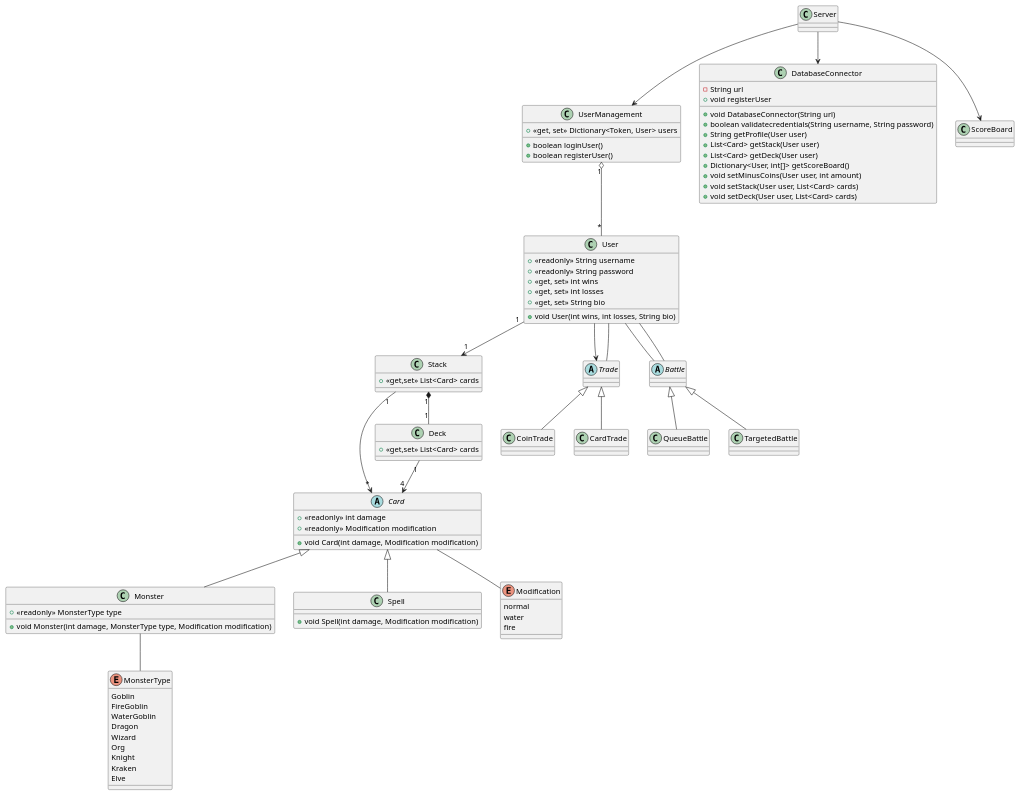
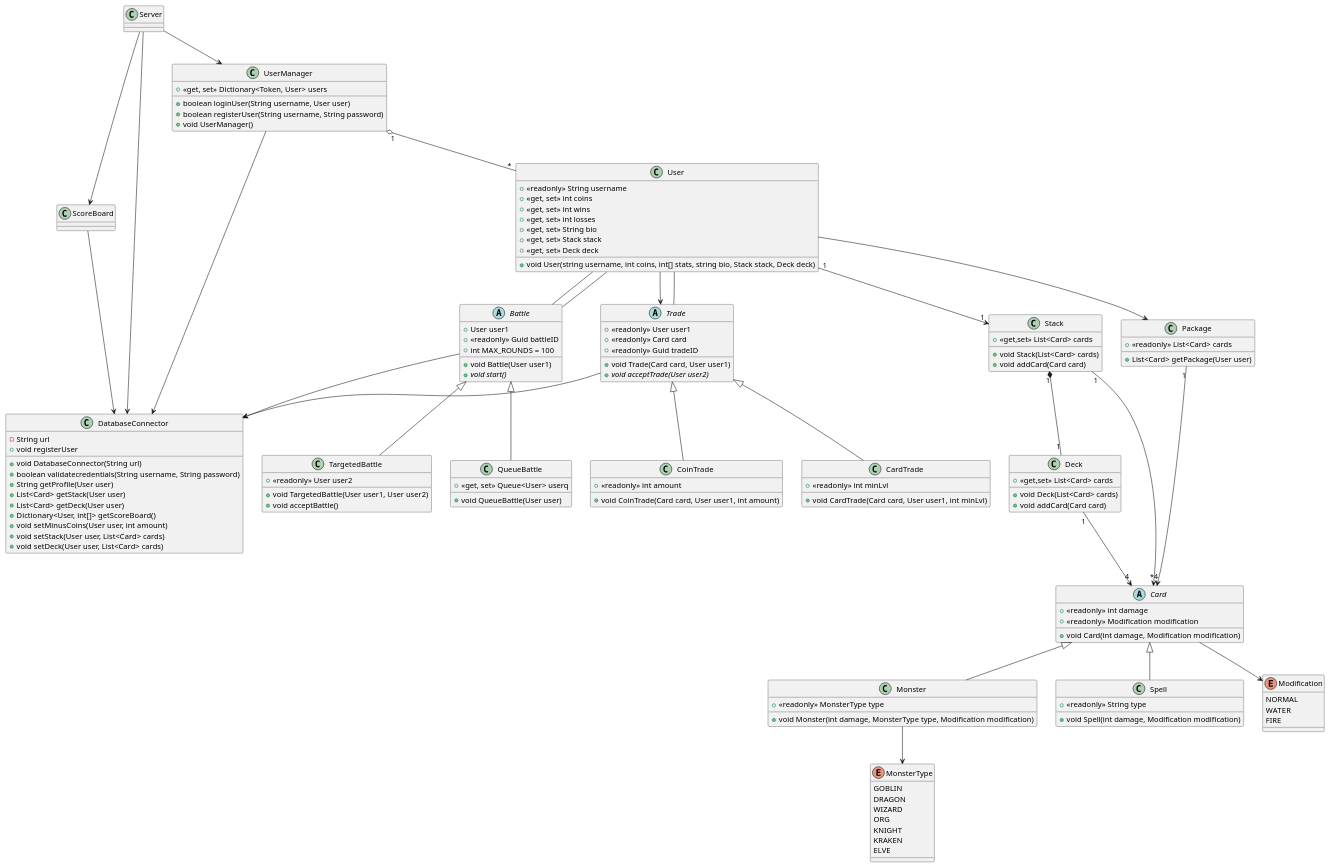
One commit to ldehner/SWEN1-MonsterTradingCardsGame changed the diagram in model.puml. Above: the diagram before and after it, drawn with PlantUML.

Commit message:
modified uml

```diff
--- a/model.puml
+++ b/model.puml
@@ -1,133 +1,181 @@
 @startuml MonsterTradingCardsGame
 
 Card <|-- Monster
 Card <|-- Spell
 
-UserManagement "1" o-- "*" User
+UserManager "1" o-- "*" User
 
 User "1" --> "1" Stack
 
 Stack "1" *-- "1" Deck
 
 Stack "1" --> "*" Card
 
+User --> Package
+
+Package "1" --> "4" Card
+
 Deck "1" --> "4" Card
 
 Server --> DatabaseConnector
-Server --> UserManagement
+Server --> UserManager
 Server --> ScoreBoard
+UserManager --> DatabaseConnector
+
+ScoreBoard --> DatabaseConnector
 
 Trade <|-- CoinTrade
 Trade <|-- CardTrade
 
-Monster -- MonsterType
-Card -- Modification
+Monster --> MonsterType
+Card --> Modification
+
 User --> Trade
 Trade -- User
+Trade --> DatabaseConnector
 
 User -- Battle
 Battle -- User
 
+
+
 Battle <|-- QueueBattle
 Battle <|-- TargetedBattle
+Battle --> DatabaseConnector
+
 
 class Server {
     
 
 }
 
 abstract class Card {
     + <<readonly>> int damage
     + <<readonly>> Modification modification
     + void Card(int damage, Modification modification)
 
 }
 class Monster {
     + <<readonly>> MonsterType type
     + void Monster(int damage, MonsterType type, Modification modification)
 }
 
 class Spell {
+    + <<readonly>> String type
     + void Spell(int damage, Modification modification)
 }
 
-class UserManagement{
+class UserManager{
     + <<get, set>> Dictionary<Token, User> users
-    + boolean loginUser()
-    + boolean registerUser()
+    + boolean loginUser(String username, User user)
+    + boolean registerUser(String username, String password)
+    + void UserManager()
 }
 
 class User{
     + <<readonly>> String username
-    + <<readonly>> String password
+    + <<get, set>> int coins
     + <<get, set>> int wins
     + <<get, set>> int losses
     + <<get, set>> String bio
+    + <<get, set>> Stack stack
+    + <<get, set>> Deck deck
 
-    + void User(int wins, int losses, String bio)
+    + void User(string username, int coins, int[] stats, string bio, Stack stack, Deck deck)
 }
 
 class Stack{
     + <<get,set>> List<Card> cards
+    + void Stack(List<Card> cards)
+    + void addCard(Card card)
 }
 
 class Deck{
     + <<get,set>> List<Card> cards
+    + void Deck(List<Card> cards)
+    + void addCard(Card card)
+}
+
+class Package{
+    + <<readonly>> List<Card> cards
+    + List<Card> getPackage(User user)
 }
 
 enum Modification {
-    normal
-    water
-    fire
+    NORMAL
+    WATER
+    FIRE
 }
 
 abstract class Trade{
-
+    + <<readonly>> User user1
+    + <<readonly>> Card card
+    + <<readonly>> Guid tradeID
+    + void Trade(Card card, User user1)
+    + {abstract} void acceptTrade(User user2)
 }
 
-class CardTrade{}
+class CardTrade{
+    + <<readonly>> int minLvl
+    + void CardTrade(Card card, User user1, int minLvl)
+    
+}
 
 class CoinTrade{
+    + <<readonly>> int amount
+    + void CoinTrade(Card card, User user1, int amount)
 }
 
 
 
 
 class ScoreBoard{
 
 }
 
 enum MonsterType{
-    Goblin
-    FireGoblin
-    WaterGoblin
-    Dragon
-    Wizard
-    Org
-    Knight
-    Kraken
-    Elve
+    GOBLIN
+    DRAGON
+    WIZARD
+    ORG
+    KNIGHT
+    KRAKEN
+    ELVE
 }
 
 
-abstract class Battle{}
+abstract class Battle{
+    + User user1
+    + <<readonly>> Guid battleID
+    + int MAX_ROUNDS = 100
+    + void Battle(User user1)
+    + {abstract} void start()
+}
 
-class QueueBattle{}
+class QueueBattle{
+    + <<get, set>> Queue<User> userq
+    + void QueueBattle(User user)
 
-class TargetedBattle{}
+}
+
+class TargetedBattle{
+    + <<readonly>> User user2
+    + void TargetedBattle(User user1, User user2)
+    + void acceptBattle()
+}
 
 class DatabaseConnector {
     - String url
     + void DatabaseConnector(String url)
     + boolean validatecredentials(String username, String password)
     + String getProfile(User user)
     + List<Card> getStack(User user)
     + List<Card> getDeck(User user)
     + Dictionary<User, int[]> getScoreBoard() 
     + void registerUser
     + void setMinusCoins(User user, int amount)
     + void setStack(User user, List<Card> cards)
     + void setDeck(User user, List<Card> cards)
 }
 
 @enduml
```
